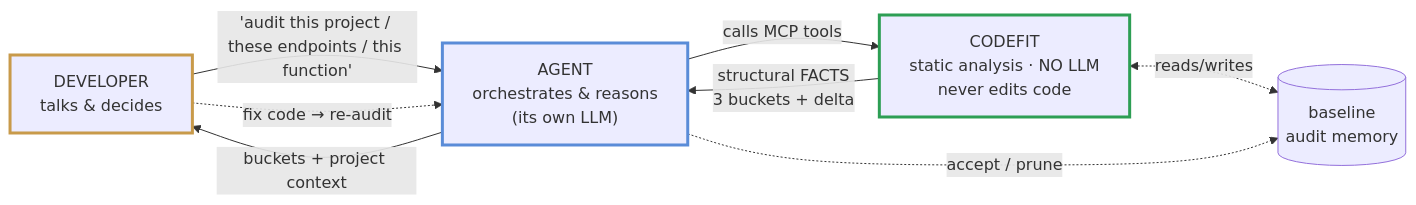
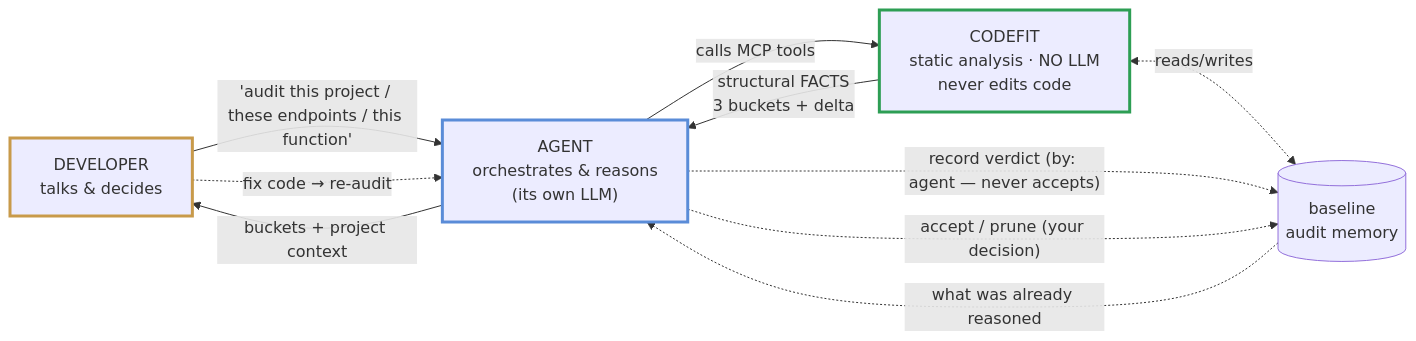
Before and after one commit to codefit-cli/codefit: the first of 2 diagrams in README.md, drawn with Mermaid. The commit also changed other lines of this file and 2 other files, not shown here.

````diff
--- a/README.md
+++ b/README.md
@@ -44,19 +44,21 @@
 ```mermaid
 flowchart LR
   DEV["DEVELOPER<br/>talks &amp; decides"]
   AGENT["AGENT<br/>orchestrates &amp; reasons<br/>(its own LLM)"]
   CF["CODEFIT<br/>static analysis · NO LLM<br/>never edits code"]
   BL[("baseline<br/>audit memory")]
 
   DEV -->|"'audit this project / these endpoints / this function'"| AGENT
   AGENT -->|calls MCP tools| CF
   CF -->|"structural FACTS<br/>3 buckets + delta"| AGENT
   AGENT -->|"buckets + project context"| DEV
   CF <-.->|reads/writes| BL
   DEV -.->|"fix code → re-audit"| AGENT
-  AGENT -.->|accept / prune| BL
+  AGENT -.->|"record verdict (by: agent — never accepts)"| BL
+  AGENT -.->|"accept / prune (your decision)"| BL
+  BL -.->|"what was already reasoned"| AGENT
 
   style DEV stroke:#c89a4a,stroke-width:3px
   style AGENT stroke:#5a8cd8,stroke-width:3px
   style CF stroke:#2d9e54,stroke-width:3px
 ```
````
